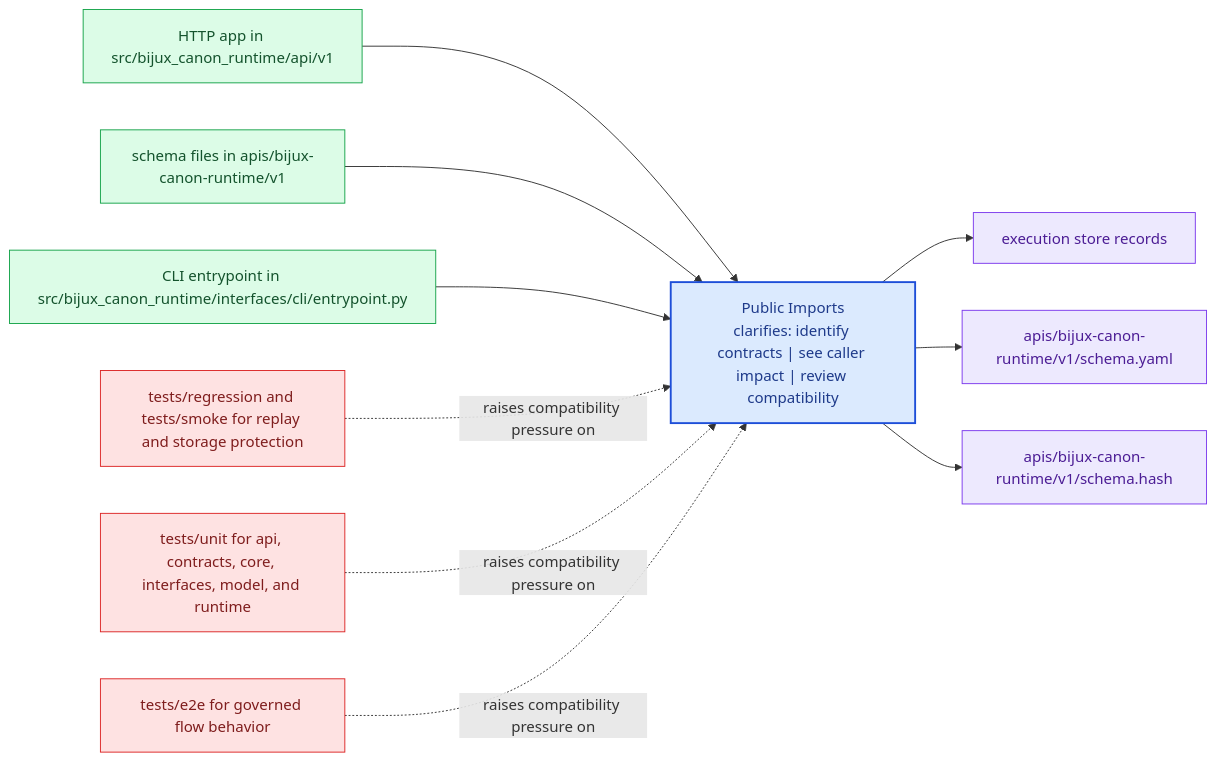
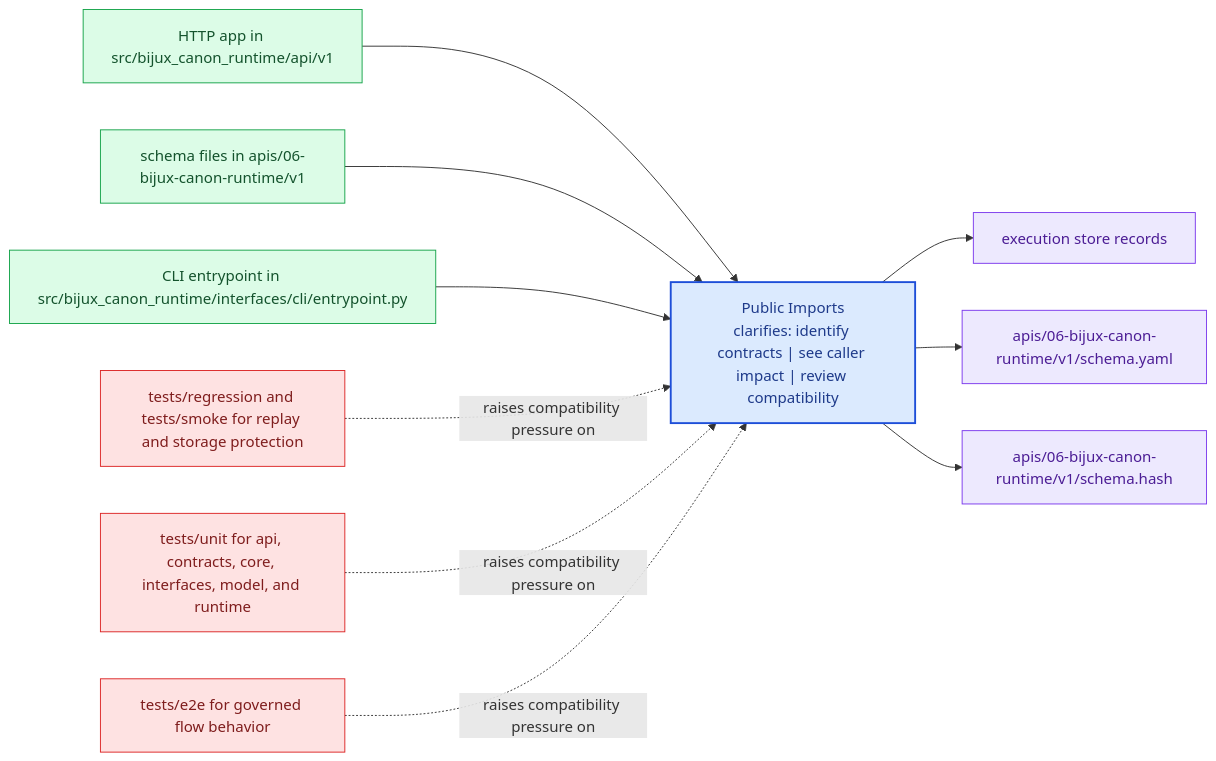
The diagram in docs/06-bijux-canon-runtime/interfaces/public-imports.md (bijux/bijux-canon), drawn with Mermaid before and after one commit. The commit also changed other lines of this file and 167 other files, not shown here.

````diff
--- a/docs/06-bijux-canon-runtime/interfaces/public-imports.md
+++ b/docs/06-bijux-canon-runtime/interfaces/public-imports.md
@@ -23,31 +23,31 @@
 ```mermaid
 flowchart LR
     page["Public Imports<br/>clarifies: identify contracts | see caller impact | review compatibility"]
     classDef page fill:#dbeafe,stroke:#1d4ed8,color:#1e3a8a,stroke-width:2px;
     classDef positive fill:#dcfce7,stroke:#16a34a,color:#14532d;
     classDef caution fill:#fee2e2,stroke:#dc2626,color:#7f1d1d;
     classDef anchor fill:#ede9fe,stroke:#7c3aed,color:#4c1d95;
     classDef action fill:#fef3c7,stroke:#d97706,color:#7c2d12;
     surface1["HTTP app in src/bijux_canon_runtime/api/v1"]
     surface1 --> page
-    surface2["schema files in apis/bijux-canon-runtime/v1"]
+    surface2["schema files in apis/06-bijux-canon-runtime/v1"]
     surface2 --> page
     surface3["CLI entrypoint in src/bijux_canon_runtime/interfaces/cli/entrypoint.py"]
     surface3 --> page
     proof1["execution store records"]
     page --> proof1
-    proof2["apis/bijux-canon-runtime/v1/schema.yaml"]
+    proof2["apis/06-bijux-canon-runtime/v1/schema.yaml"]
     page --> proof2
-    proof3["apis/bijux-canon-runtime/v1/schema.hash"]
+    proof3["apis/06-bijux-canon-runtime/v1/schema.hash"]
     page --> proof3
     review1["tests/regression and tests/smoke for replay and storage protection"]
     review1 -.raises compatibility pressure on.-> page
     review2["tests/unit for api, contracts, core, interfaces, model, and runtime"]
     review2 -.raises compatibility pressure on.-> page
     review3["tests/e2e for governed flow behavior"]
     review3 -.raises compatibility pressure on.-> page
     class page page;
     class surface1,surface2,surface3 positive;
     class proof1,proof2,proof3 anchor;
     class review1,review2,review3 caution;
 ```
````
